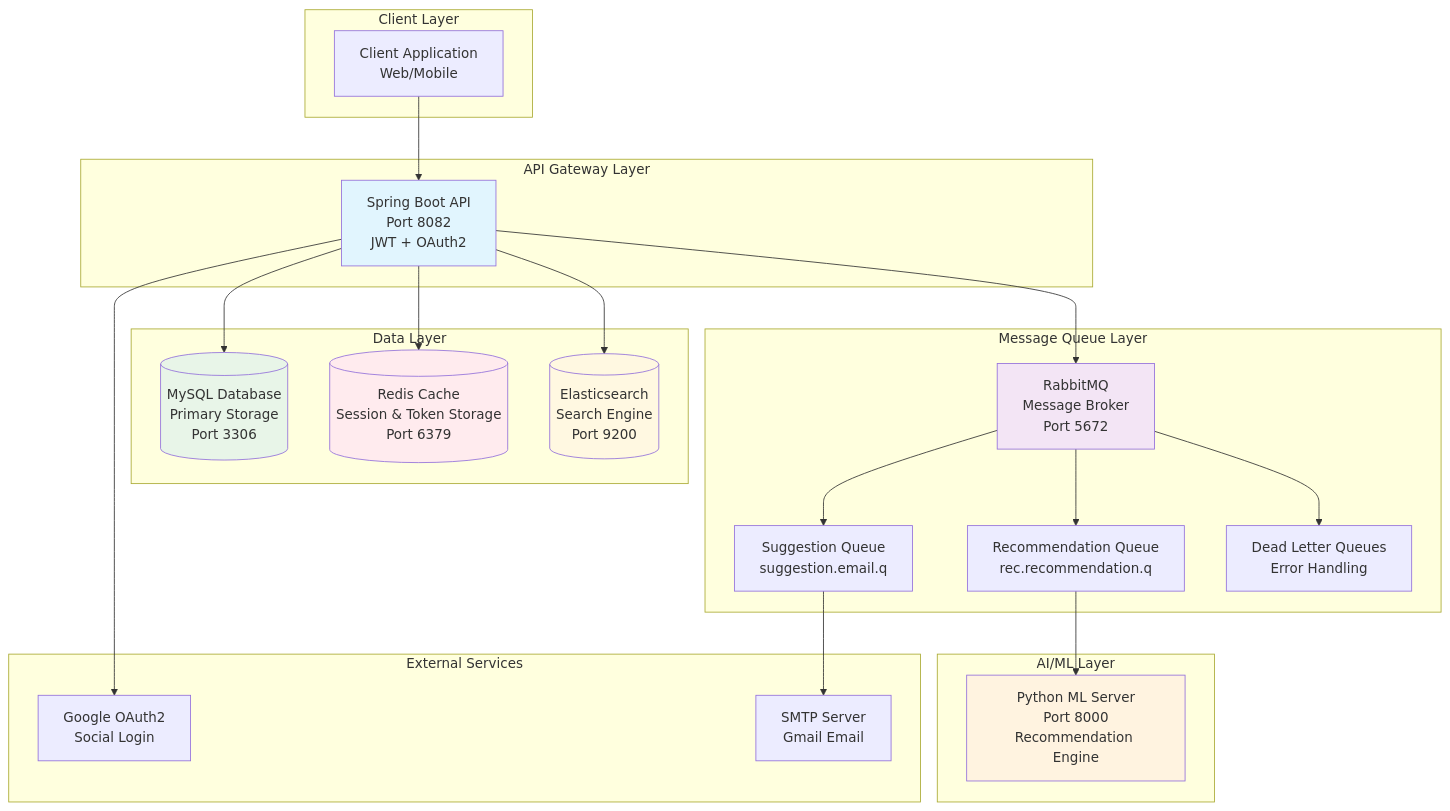
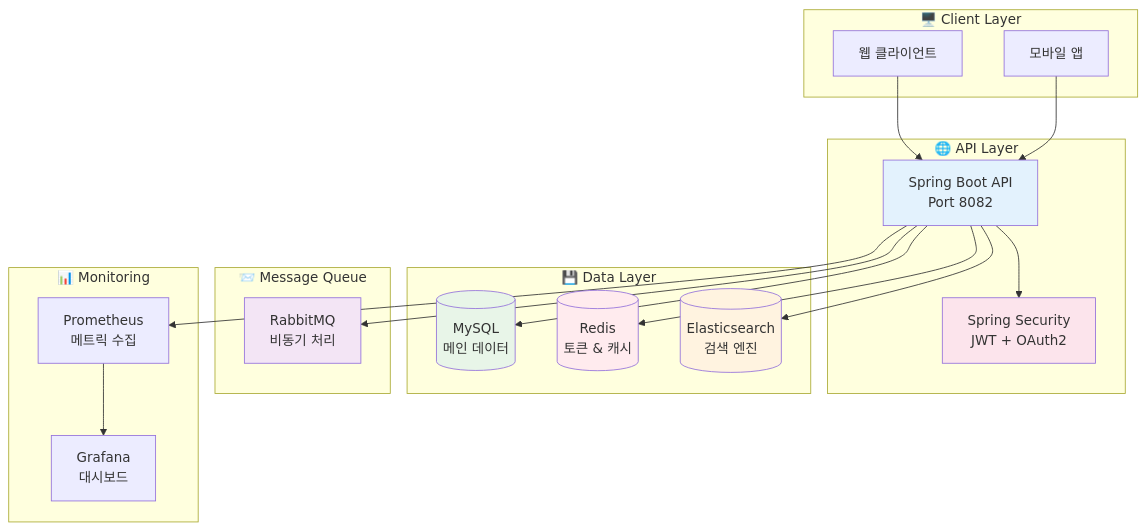
Before and after one commit to Zara8170/songs_be: the second of 2 diagrams in README.md, drawn with Mermaid. The commit also changed other lines of this file, not shown here.

````diff
--- a/README.md
+++ b/README.md
@@ -257,54 +197,44 @@
 ```mermaid
 graph TB
-    subgraph "Client Layer"
-        Client[Client Application<br/>Web/Mobile]
+    subgraph "🖥️ Client Layer"
+        Web[웹 클라이언트]
+        Mobile[모바일 앱]
     end
 
-    subgraph "API Gateway Layer"
-        API[Spring Boot API<br/>Port 8082<br/>JWT + OAuth2]
+    subgraph "🌐 API Layer"
+        API[Spring Boot API<br/>Port 8082]
+        Security[Spring Security<br/>JWT + OAuth2]
     end
 
-    subgraph "Data Layer"
-        MySQL[(MySQL Database<br/>Primary Storage<br/>Port 3306)]
-        Redis[(Redis Cache<br/>Session & Token Storage<br/>Port 6379)]
-        ES[(Elasticsearch<br/>Search Engine<br/>Port 9200)]
+    subgraph "💾 Data Layer"
+        MySQL[(MySQL<br/>메인 데이터)]
+        Redis[(Redis<br/>토큰 & 캐시)]
+        ES[(Elasticsearch<br/>검색 엔진)]
     end
 
-    subgraph "Message Queue Layer"
-        RMQ[RabbitMQ<br/>Message Broker<br/>Port 5672]
-        RecQueue[Recommendation Queue<br/>rec.recommendation.q]
-        SugQueue[Suggestion Queue<br/>suggestion.email.q]
-        DLQ[Dead Letter Queues<br/>Error Handling]
+    subgraph "📨 Message Queue"
+        RMQ[RabbitMQ<br/>비동기 처리]
     end
 
-    subgraph "AI/ML Layer"
-        Python[Python ML Server<br/>Port 8000<br/>Recommendation Engine]
+    subgraph "📊 Monitoring"
+        Prometheus[Prometheus<br/>메트릭 수집]
+        Grafana[Grafana<br/>대시보드]
     end
 
-    subgraph "External Services"
-        Google[Google OAuth2<br/>Social Login]
-        SMTP[SMTP Server<br/>Gmail Email]
-    end
-
-    Client --> API
+    Web --> API
+    Mobile --> API
+    API --> Security
     API --> MySQL
     API --> Redis
     API --> ES
     API --> RMQ
+    API --> Prometheus
+    Prometheus --> Grafana
 
-    RMQ --> RecQueue
-    RMQ --> SugQueue
-    RMQ --> DLQ
-
-    RecQueue --> Python
-    SugQueue --> SMTP
-
-    API --> Google
-
-    style API fill:#e1f5fe
-    style Python fill:#fff3e0
-    style RMQ fill:#f3e5f5
+    style API fill:#e3f2fd
     style MySQL fill:#e8f5e8
     style Redis fill:#ffebee
-    style ES fill:#fff8e1
+    style ES fill:#fff3e0
+    style RMQ fill:#f3e5f5
+    style Security fill:#fce4ec
 ```
````
